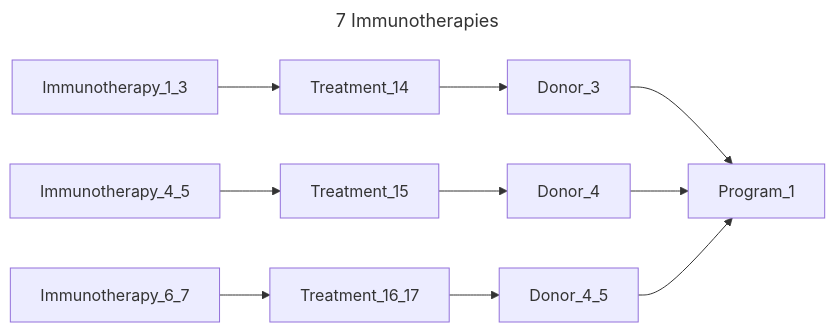
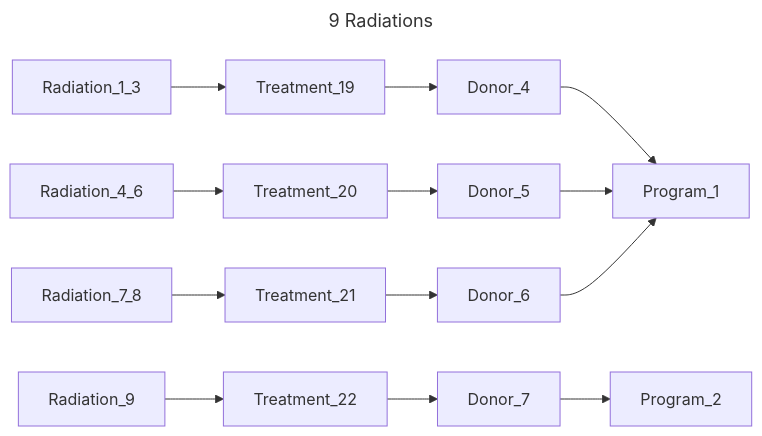
One commit to bento-platform/katsu changed the ninth of 14 diagrams in chord_metadata_service/mohpackets/data/small_dataset/README.md. Above: the diagram before and after it, drawn with Mermaid. The commit also changed other lines of this file, not shown here.

````diff
--- a/chord_metadata_service/mohpackets/data/small_dataset/README.md
+++ b/chord_metadata_service/mohpackets/data/small_dataset/README.md
@@ -124,9 +133,10 @@
 ```mermaid
 ---
-title: 7 Immunotherapies
+title: 9 Radiations
 ---
 graph LR;  
-  Immunotherapy_1_3 --> Treatment_14 --> Donor_3 --> Program_1;  
-  Immunotherapy_4_5 --> Treatment_15 --> Donor_4 --> Program_1;  
-  Immunotherapy_6_7 --> Treatment_16_17 --> Donor_4_5 --> Program_1;
+  Radiation_1_3 --> Treatment_19 --> Donor_4 --> Program_1;  
+  Radiation_4_6 --> Treatment_20 --> Donor_5 --> Program_1; 
+  Radiation_7_8 --> Treatment_21 --> Donor_6 --> Program_1; 
+  Radiation_9 --> Treatment_22 --> Donor_7 --> Program_2; 
 ```
````
